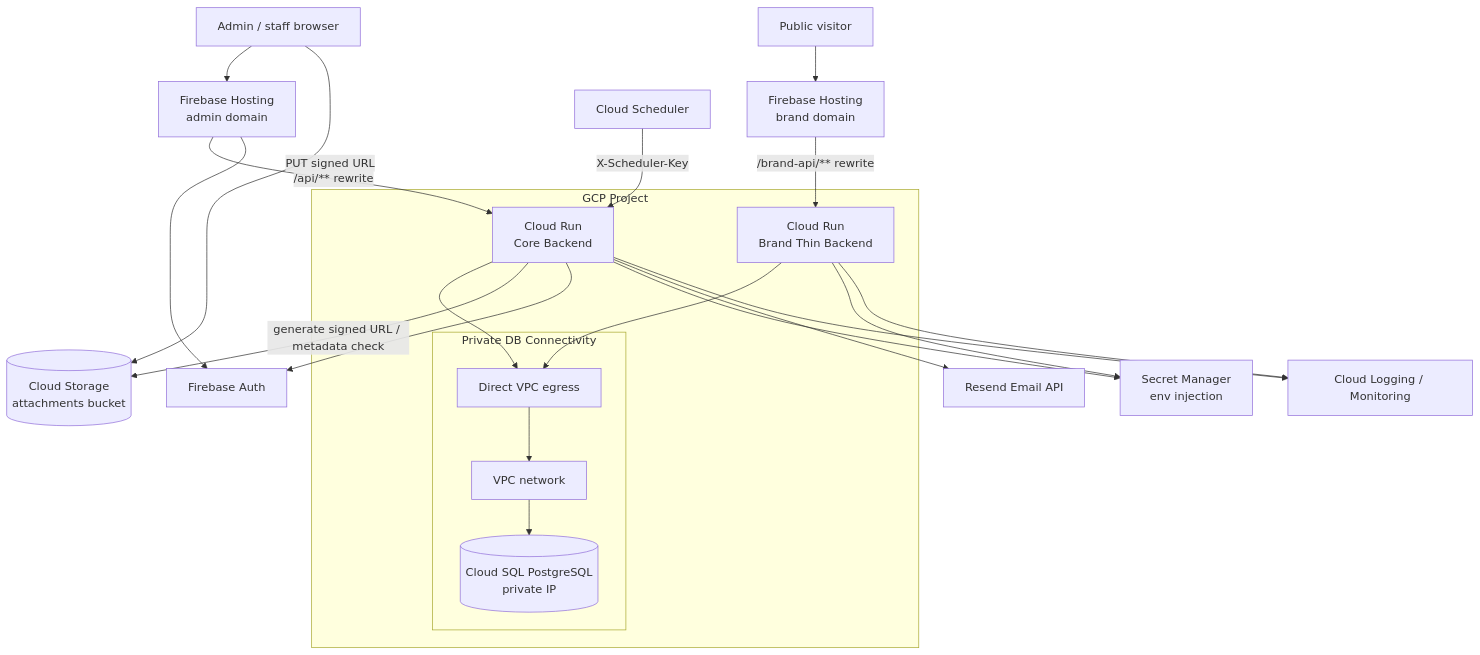
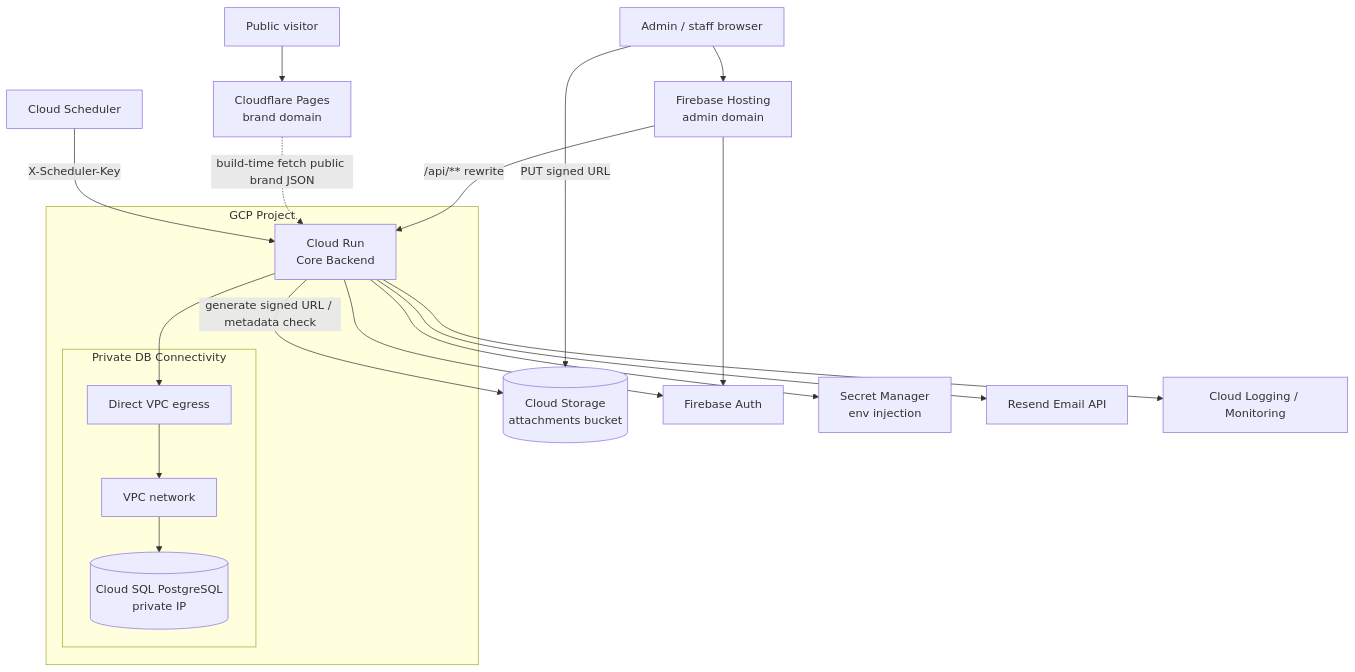
One commit to ifan0927/STDS_backend_go changed the first of 4 diagrams in docs/cloud-architecture.md. Above: the diagram before and after it, drawn with Mermaid. The commit also changed other lines of this file and 8 other files, not shown here.

````diff
--- a/docs/cloud-architecture.md
+++ b/docs/cloud-architecture.md
@@ -129,40 +140,36 @@
 ```mermaid
 flowchart TD
     AdminUser[Admin / staff browser] --> AdminHosting[Firebase Hosting<br/>admin domain]
-    PublicUser[Public visitor] --> BrandHosting[Firebase Hosting<br/>brand domain]
+    PublicUser[Public visitor] --> BrandPages[Cloudflare Pages<br/>brand domain]
 
     AdminHosting -->|/api/** rewrite| CoreRun[Cloud Run<br/>Core Backend]
-    BrandHosting -->|/brand-api/** rewrite| BrandThinRun[Cloud Run<br/>Brand Thin Backend]
+    BrandPages -.->|build-time fetch public brand JSON| CoreRun
 
     Scheduler[Cloud Scheduler] -->|X-Scheduler-Key| CoreRun
 
     subgraph GCPProject[GCP Project]
         CoreRun
-        BrandThinRun
 
         subgraph PrivateDataPath[Private DB Connectivity]
             DirectVPC[Direct VPC egress]
             VPC[VPC network]
             CloudSQL[(Cloud SQL PostgreSQL<br/>private IP)]
         end
     end
 
     CoreRun --> DirectVPC
-    BrandThinRun --> DirectVPC
     DirectVPC --> VPC
     VPC --> CloudSQL
 
     CoreRun -->|generate signed URL / metadata check| GCS[(Cloud Storage<br/>attachments bucket)]
     AdminUser -->|PUT signed URL| GCS
 
     CoreRun --> FirebaseAuth[Firebase Auth]
     AdminHosting --> FirebaseAuth
 
     CoreRun --> SecretManager[Secret Manager<br/>env injection]
-    BrandThinRun --> SecretManager
 
     CoreRun --> Resend[Resend Email API]
 
     CoreRun --> Observability[Cloud Logging / Monitoring]
-    BrandThinRun --> Observability
 ```
````
